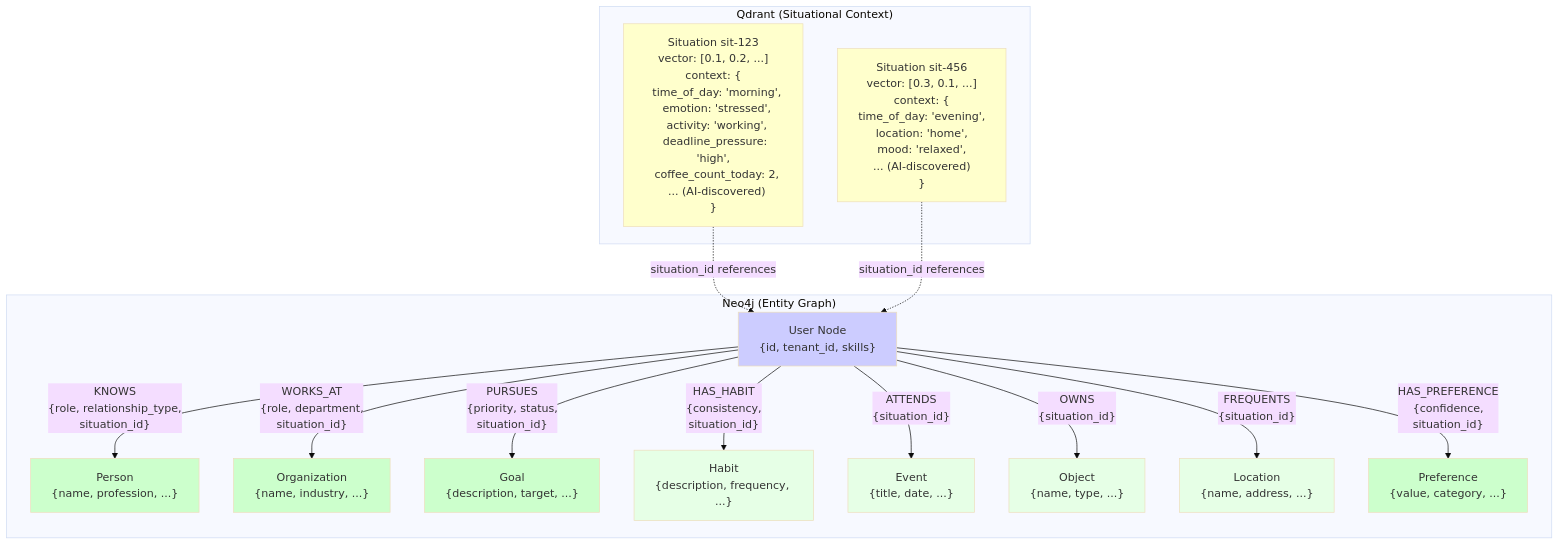
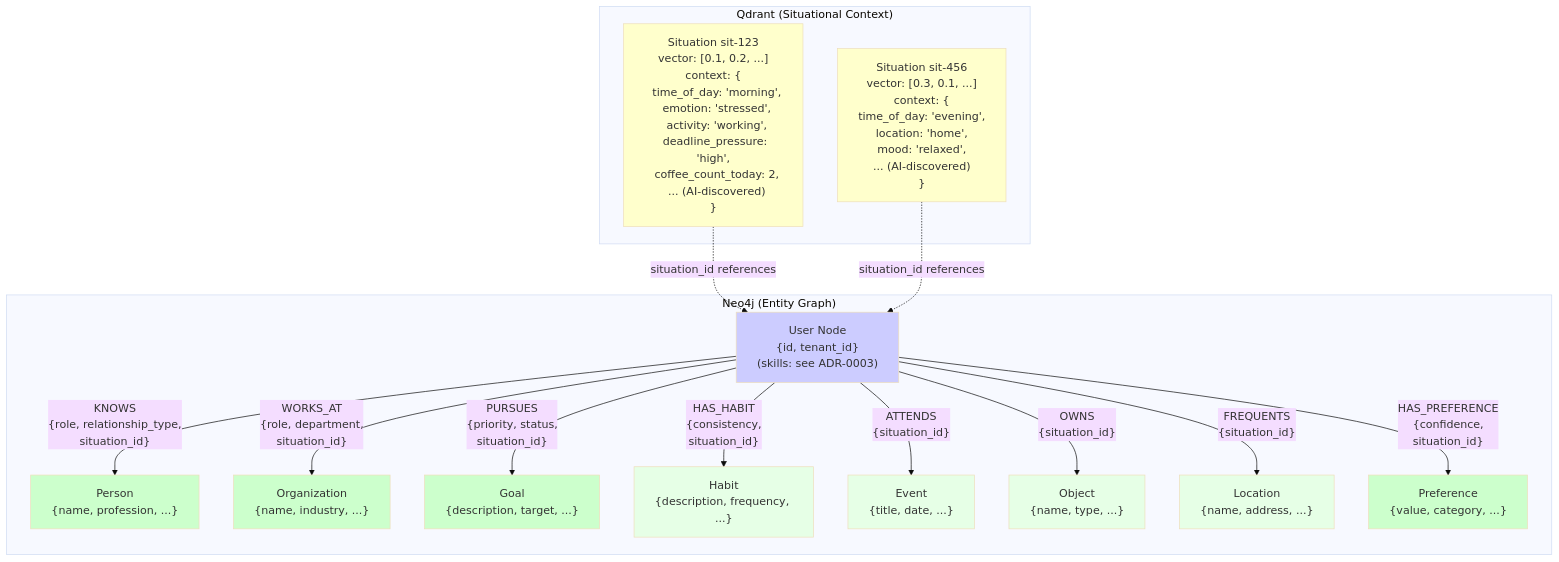
Before and after one commit to y-core-engineering/fidus: the third of 3 diagrams in docs/architecture/10-entity-relationship-model.md, drawn with Mermaid (base theme). The commit also changed other lines of this file and 65 other files, not shown here.

````diff
--- a/docs/architecture/10-entity-relationship-model.md
+++ b/docs/architecture/10-entity-relationship-model.md
@@ -725,45 +883,45 @@
 ```mermaid
 graph TB
     subgraph Neo4j["Neo4j (Entity Graph)"]
-        User["User Node<br/>{id, tenant_id, skills}"]
+        User["User Node<br/>{id, tenant_id}<br/>(skills: see ADR-0003)"]
 
         Person["Person<br/>{name, profession, ...}"]
         Org["Organization<br/>{name, industry, ...}"]
         Goal["Goal<br/>{description, target, ...}"]
         Habit["Habit<br/>{description, frequency, ...}"]
         Event["Event<br/>{title, date, ...}"]
         Object["Object<br/>{name, type, ...}"]
         Location["Location<br/>{name, address, ...}"]
         Pref["Preference<br/>{value, category, ...}"]
 
         User -->|"KNOWS<br/>{role, relationship_type,<br/>situation_id}"| Person
         User -->|"WORKS_AT<br/>{role, department,<br/>situation_id}"| Org
         User -->|"PURSUES<br/>{priority, status,<br/>situation_id}"| Goal
         User -->|"HAS_HABIT<br/>{consistency,<br/>situation_id}"| Habit
         User -->|"ATTENDS<br/>{situation_id}"| Event
         User -->|"OWNS<br/>{situation_id}"| Object
         User -->|"FREQUENTS<br/>{situation_id}"| Location
         User -->|"HAS_PREFERENCE<br/>{confidence,<br/>situation_id}"| Pref
     end
 
     subgraph Qdrant["Qdrant (Situational Context)"]
         Sit1["Situation sit-123<br/>vector: [0.1, 0.2, ...]<br/>context: {<br/>  time_of_day: 'morning',<br/>  emotion: 'stressed',<br/>  activity: 'working',<br/>  deadline_pressure: 'high',<br/>  coffee_count_today: 2,<br/>  ... (AI-discovered)<br/>}"]
 
         Sit2["Situation sit-456<br/>vector: [0.3, 0.1, ...]<br/>context: {<br/>  time_of_day: 'evening',<br/>  location: 'home',<br/>  mood: 'relaxed',<br/>  ... (AI-discovered)<br/>}"]
     end
 
     Sit1 -.->|"situation_id references"| User
     Sit2 -.->|"situation_id references"| User
 
     style User fill:#ccccff
     style Person fill:#ccffcc
     style Org fill:#ccffcc
     style Goal fill:#ccffcc
     style Habit fill:#e6ffe6
     style Event fill:#e6ffe6
     style Object fill:#e6ffe6
     style Location fill:#e6ffe6
     style Pref fill:#ccffcc
     style Sit1 fill:#ffffcc
     style Sit2 fill:#ffffcc
 ```
````
